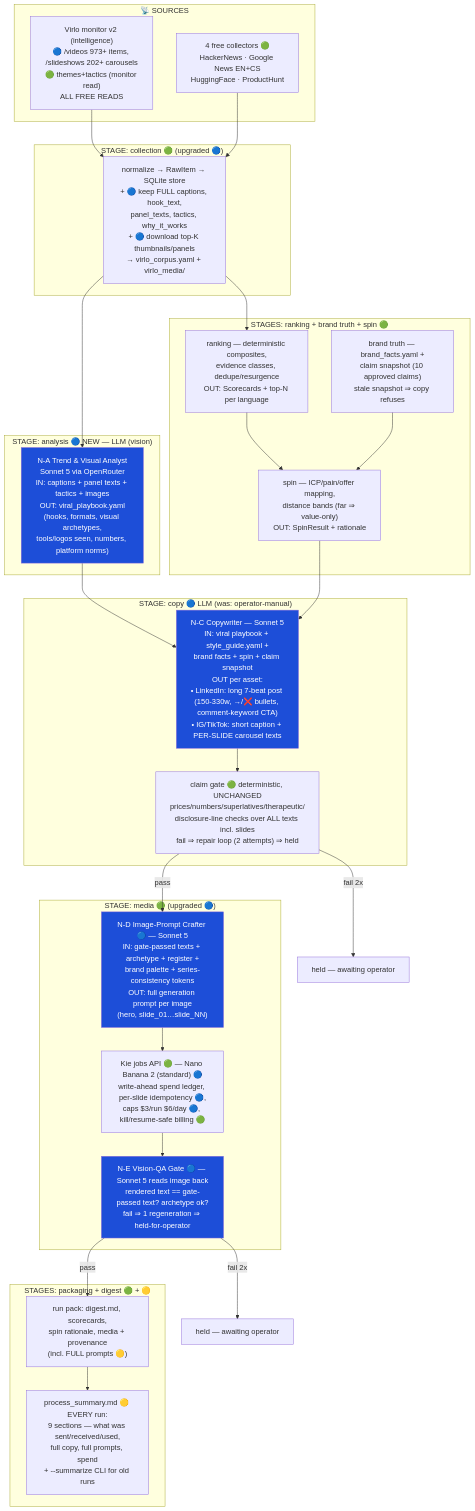
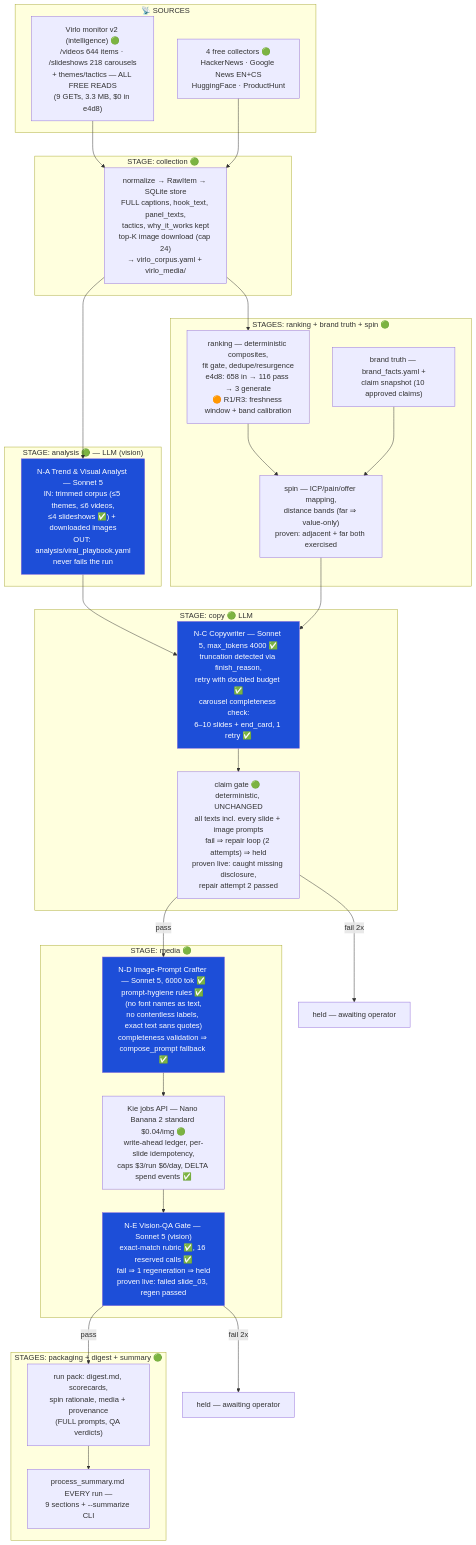
The diagram in docs/architecture/FLOW_MAP.md (HypeDigitaly/HypeAgentSocials), drawn with Mermaid before and after one commit. The commit also changed other lines of this file and 1 other file, not shown here.

First line of the commit message:
docs: Q6 flow re-audit - FLOW_MAP updated to post-e4d8 truth, verdict + 6 recommendations

````diff
--- a/docs/architecture/FLOW_MAP.md
+++ b/docs/architecture/FLOW_MAP.md
@@ -12,59 +14,59 @@
 ```mermaid
 flowchart TD
     subgraph SOURCES["📡 SOURCES"]
-        V["Virlo monitor v2 (intelligence)<br/>🔵 /videos 973+ items, /slideshows 202+ carousels<br/>🟢 themes+tactics (monitor read)<br/>ALL FREE READS"]
+        V["Virlo monitor v2 (intelligence) 🟢<br/>/videos 644 items · /slideshows 218 carousels<br/>+ themes/tactics — ALL FREE READS<br/>(9 GETs, 3.3 MB, $0 in e4d8)"]
         FREE["4 free collectors 🟢<br/>HackerNews · Google News EN+CS<br/>HuggingFace · ProductHunt"]
     end
 
-    subgraph COLLECT["STAGE: collection 🟢 (upgraded 🔵)"]
-        C1["normalize → RawItem → SQLite store<br/>+ 🔵 keep FULL captions, hook_text,<br/>panel_texts, tactics, why_it_works<br/>+ 🔵 download top-K thumbnails/panels<br/>→ virlo_corpus.yaml + virlo_media/"]
+    subgraph COLLECT["STAGE: collection 🟢"]
+        C1["normalize → RawItem → SQLite store<br/>FULL captions, hook_text, panel_texts,<br/>tactics, why_it_works kept<br/>top-K image download (cap 24)<br/>→ virlo_corpus.yaml + virlo_media/"]
     end
 
-    subgraph ANALYZE["STAGE: analysis 🔵 NEW — LLM (vision)"]
-        NA["N-A Trend & Visual Analyst<br/>Sonnet 5 via OpenRouter<br/>IN: captions + panel texts + tactics + images<br/>OUT: viral_playbook.yaml<br/>(hooks, formats, visual archetypes,<br/>tools/logos seen, numbers, platform norms)"]
+    subgraph ANALYZE["STAGE: analysis 🟢 — LLM (vision)"]
+        NA["N-A Trend & Visual Analyst — Sonnet 5<br/>IN: trimmed corpus (≤5 themes, ≤6 videos,<br/>≤4 slideshows ✅) + downloaded images<br/>OUT: analysis/viral_playbook.yaml<br/>never fails the run"]
     end
 
     subgraph RANKSPIN["STAGES: ranking + brand truth + spin 🟢"]
-        R1["ranking — deterministic composites,<br/>evidence classes, dedupe/resurgence<br/>OUT: Scorecards + top-N per language"]
-        B1["brand truth — brand_facts.yaml +<br/>claim snapshot (10 approved claims)<br/>stale snapshot ⇒ copy refuses"]
-        S1["spin — ICP/pain/offer mapping,<br/>distance bands (far ⇒ value-only)<br/>OUT: SpinResult + rationale"]
+        R1["ranking — deterministic composites,<br/>fit gate, dedupe/resurgence<br/>e4d8: 658 in → 116 pass → 3 generate<br/>🟠 R1/R3: freshness window + band calibration"]
+        B1["brand truth — brand_facts.yaml +<br/>claim snapshot (10 approved claims)"]
+        S1["spin — ICP/pain/offer mapping,<br/>distance bands (far ⇒ value-only)<br/>proven: adjacent + far both exercised"]
     end
 
-    subgraph COPY["STAGE: copy 🔵 LLM (was: operator-manual)"]
-        NC["N-C Copywriter — Sonnet 5<br/>IN: viral playbook + style_guide.yaml +<br/>brand facts + spin + claim snapshot<br/>OUT per asset:<br/>• LinkedIn: long 7-beat post (150-330w, →/❌ bullets, comment-keyword CTA)<br/>• IG/TikTok: short caption + PER-SLIDE carousel texts"]
-        GATE["claim gate 🟢 deterministic, UNCHANGED<br/>prices/numbers/superlatives/therapeutic/<br/>disclosure-line checks over ALL texts incl. slides<br/>fail ⇒ repair loop (2 attempts) ⇒ held"]
+    subgraph COPY["STAGE: copy 🟢 LLM"]
+        NC["N-C Copywriter — Sonnet 5, max_tokens 4000 ✅<br/>truncation detected via finish_reason,<br/>retry with doubled budget ✅<br/>carousel completeness check:<br/>6–10 slides + end_card, 1 retry ✅"]
+        GATE["claim gate 🟢 deterministic, UNCHANGED<br/>all texts incl. every slide + image prompts<br/>fail ⇒ repair loop (2 attempts) ⇒ held<br/>proven live: caught missing disclosure,<br/>repair attempt 2 passed"]
     end
 
-    subgraph MEDIA["STAGE: media 🟢 (upgraded 🔵)"]
-        ND["N-D Image-Prompt Crafter 🔵 — Sonnet 5<br/>IN: gate-passed texts + archetype + register +<br/>brand palette + series-consistency tokens<br/>OUT: full generation prompt per image<br/>(hero, slide_01…slide_NN)"]
-        KIE["Kie jobs API 🟢 — Nano Banana 2 (standard) 🔵<br/>write-ahead spend ledger, per-slide idempotency 🔵,<br/>caps $3/run $6/day 🔵, kill/resume-safe billing 🟢"]
-        NE["N-E Vision-QA Gate 🔵 — Sonnet 5 reads image back<br/>rendered text == gate-passed text? archetype ok?<br/>fail ⇒ 1 regeneration ⇒ held-for-operator"]
+    subgraph MEDIA["STAGE: media 🟢"]
+        ND["N-D Image-Prompt Crafter — Sonnet 5, 6000 tok ✅<br/>prompt-hygiene rules ✅ (no font names as text,<br/>no contentless labels, exact text sans quotes)<br/>completeness validation ⇒ compose_prompt fallback ✅"]
+        KIE["Kie jobs API — Nano Banana 2 standard $0.04/img 🟢<br/>write-ahead ledger, per-slide idempotency,<br/>caps $3/run $6/day, DELTA spend events ✅"]
+        NE["N-E Vision-QA Gate — Sonnet 5 (vision)<br/>exact-match rubric ✅, 16 reserved calls ✅<br/>fail ⇒ 1 regeneration ⇒ held<br/>proven live: failed slide_03, regen passed"]
     end
 
-    subgraph OUT["STAGES: packaging + digest 🟢 + 🟡"]
-        P1["run pack: digest.md, scorecards,<br/>spin rationale, media + provenance<br/>(incl. FULL prompts 🟡)"]
-        PS["process_summary.md 🟡 EVERY run:<br/>9 sections — what was sent/received/used,<br/>full copy, full prompts, spend<br/>+ --summarize CLI for old runs"]
+    subgraph OUT["STAGES: packaging + digest + summary 🟢"]
+        P1["run pack: digest.md, scorecards,<br/>spin rationale, media + provenance<br/>(FULL prompts, QA verdicts)"]
+        PS["process_summary.md EVERY run —<br/>9 sections + --summarize CLI"]
     end
 
     V --> C1
     FREE --> C1
     C1 --> NA
     C1 --> R1
     NA --> NC
     R1 --> S1
     B1 --> S1
     S1 --> NC
     NC --> GATE
     GATE -->|pass| ND
     GATE -->|fail 2x| HELD1["held — awaiting operator"]
     ND --> KIE
     KIE --> NE
     NE -->|pass| P1
     NE -->|fail 2x| HELD2["held — awaiting operator"]
     P1 --> PS
 
     style NA fill:#1d4ed8,color:#fff
     style NC fill:#1d4ed8,color:#fff
     style ND fill:#1d4ed8,color:#fff
     style NE fill:#1d4ed8,color:#fff
 ```
````
